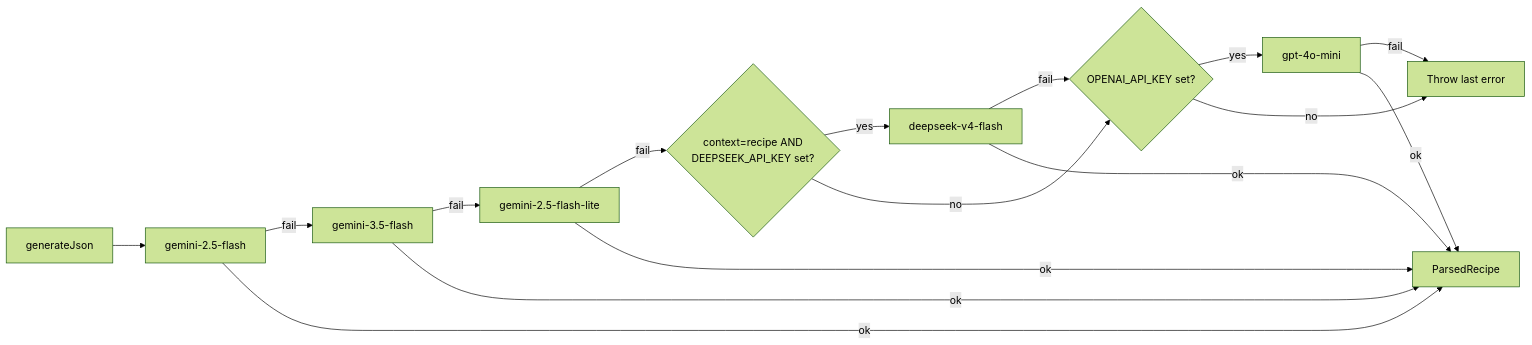
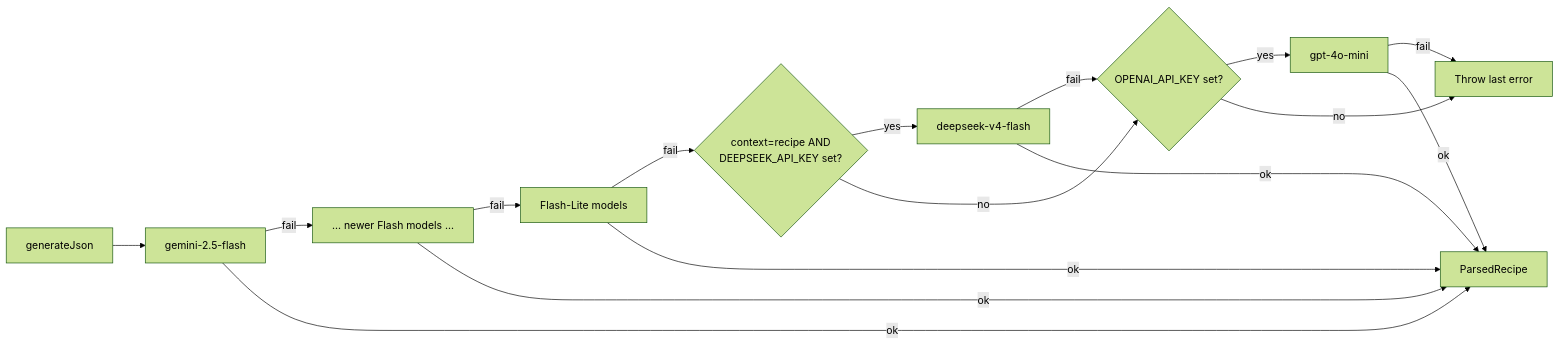
Before and after one commit to Sailarn/RecipAI: the fifth of 7 diagrams in docs/explanation/parse-pipeline.md, drawn with Mermaid (forest theme). The commit also changed other lines of this file and 3 other files, not shown here.

First line of the commit message:
fix(ai): chain only free-tier Gemini models, Lite first for enrichment

````diff
--- a/docs/explanation/parse-pipeline.md
+++ b/docs/explanation/parse-pipeline.md
@@ -114,18 +114,18 @@
 ```mermaid
 graph LR
     A[generateJson] --> B[gemini-2.5-flash]
-    B -->|fail| C[gemini-3.5-flash]
-    C -->|fail| D[gemini-2.5-flash-lite]
+    B -->|fail| C[… newer Flash models …]
+    C -->|fail| D[Flash-Lite models]
     D -->|fail| DS{context=recipe AND<br/>DEEPSEEK_API_KEY set?}
     DS -->|yes| DM[deepseek-v4-flash]
     DS -->|no| E{OPENAI_API_KEY set?}
     DM -->|fail| E
     E -->|yes| F[gpt-4o-mini]
     E -->|no| G[Throw last error]
     F -->|fail| G
     B -->|ok| H[ParsedRecipe]
     C -->|ok| H
     D -->|ok| H
     DM -->|ok| H
     F -->|ok| H
 ```
````
